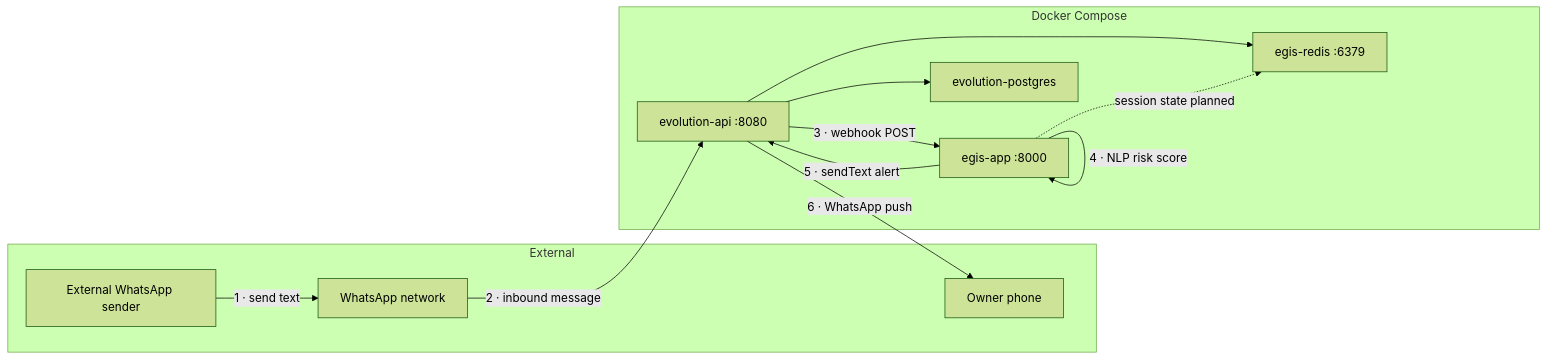
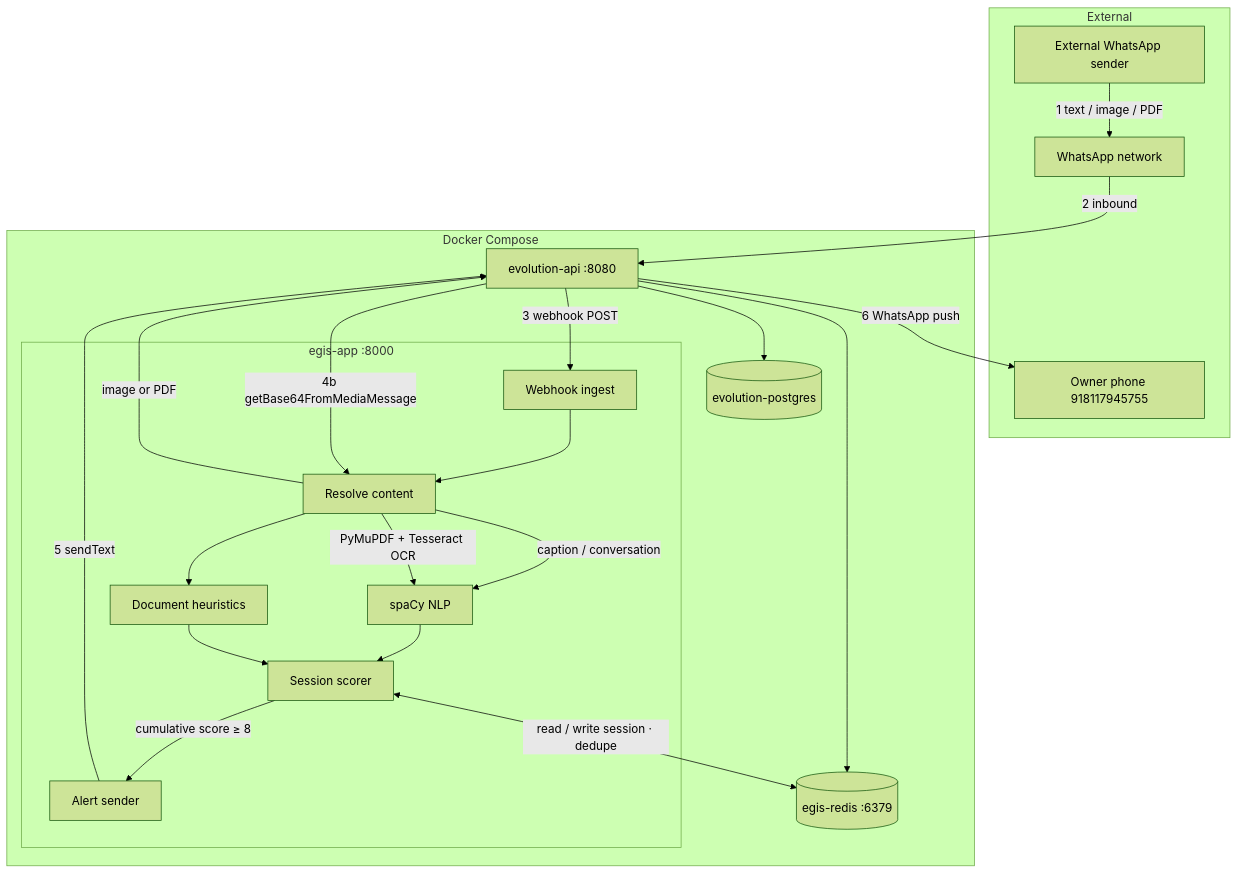
Before and after one commit to BidGithub2022/project-aegis: the diagram in ARCHITECTURE.md, drawn with Mermaid (forest theme). The commit also changed other lines of this file, not shown here.

````diff
--- a/ARCHITECTURE.md
+++ b/ARCHITECTURE.md
@@ -27,25 +27,40 @@
 ```mermaid
-flowchart LR
+flowchart TB
   subgraph external [External]
     Sender[External WhatsApp sender]
     WA[WhatsApp network]
-    Phone[Owner phone]
+    Phone[Owner phone 918117945755]
   end
 
   subgraph docker [Docker Compose]
     Evo[evolution-api :8080]
-    Egis[egis-app :8000]
-    Redis[egis-redis :6379]
-    PG[evolution-postgres]
+    subgraph egis [egis-app :8000]
+      WH[Webhook ingest]
+      RES[Resolve content]
+      NLP[spaCy NLP]
+      DOC[Document heuristics]
+      SESS[Session scorer]
+      ALERT[Alert sender]
+    end
+    Redis[(egis-redis :6379)]
+    PG[(evolution-postgres)]
   end
 
-  Sender -->|1 · send text| WA
-  WA -->|2 · inbound message| Evo
-  Evo -->|3 · webhook POST| Egis
-  Egis -->|4 · NLP risk score| Egis
-  Egis -->|5 · sendText alert| Evo
-  Evo -->|6 · WhatsApp push| Phone
+  Sender -->|1 text / image / PDF| WA
+  WA -->|2 inbound| Evo
+  Evo -->|3 webhook POST| WH
+  WH --> RES
+  RES -->|caption / conversation| NLP
+  RES -->|image or PDF| Evo
+  Evo -->|4b getBase64FromMediaMessage| RES
+  RES -->|PyMuPDF + Tesseract OCR| NLP
+  RES --> DOC
+  NLP --> SESS
+  DOC --> SESS
+  SESS <-->|read / write session · dedupe| Redis
+  SESS -->|cumulative score ≥ 8| ALERT
+  ALERT -->|5 sendText| Evo
+  Evo -->|6 WhatsApp push| Phone
   Evo --> PG
   Evo --> Redis
-  Egis -.->|session state planned| Redis
 ```
````
